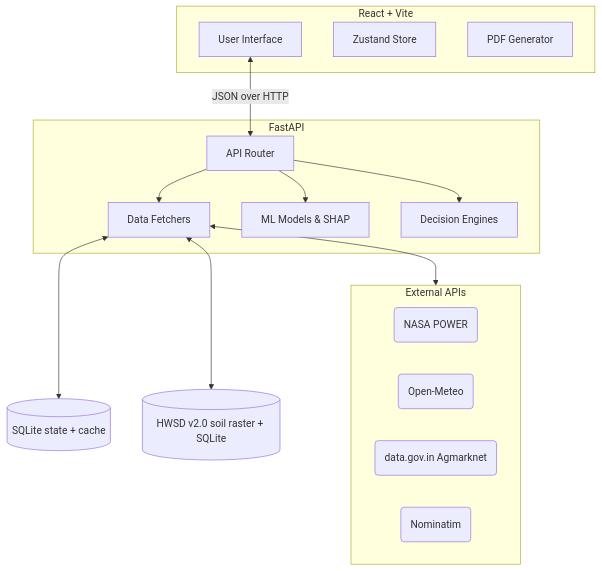
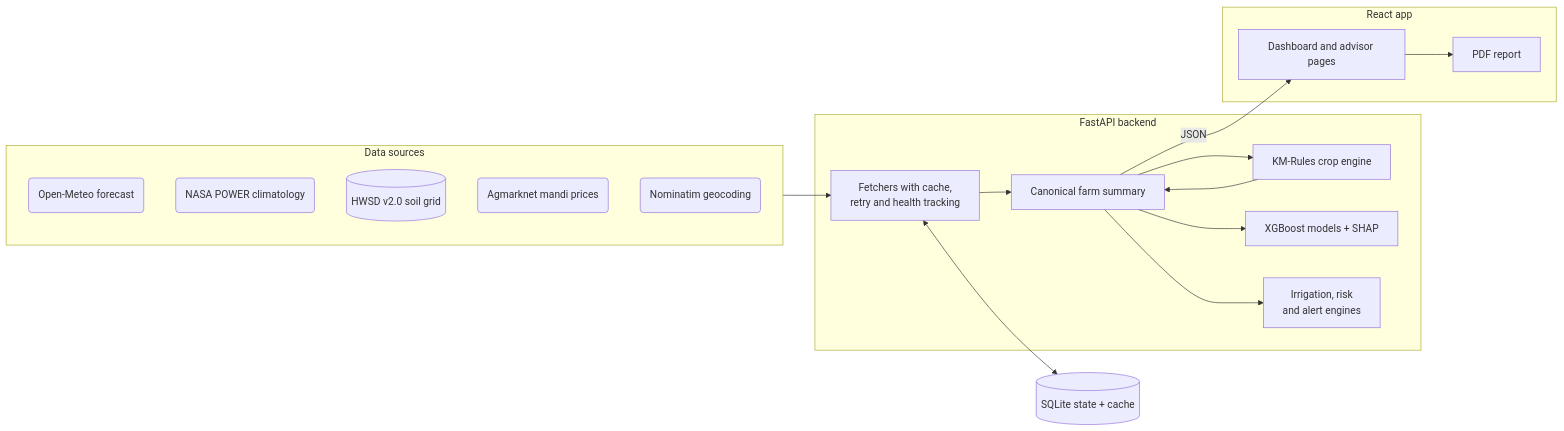
Before and after one commit to AakarGupta-coder/KrishiMitra-ADSS: the diagram in README.md, drawn with Mermaid. The commit also changed other lines of this file and 1 other file, not shown here.

````diff
--- a/README.md
+++ b/README.md
@@ -51,30 +89,30 @@
 ```mermaid
-flowchart TD
-    subgraph Frontend [React + Vite]
-        UI[User Interface]
-        State[Zustand Store]
-        PDF[PDF Generator]
+flowchart LR
+    subgraph Sources [Data sources]
+        Meteo(Open-Meteo forecast)
+        NASA(NASA POWER climatology)
+        HWSD[(HWSD v2.0 soil grid)]
+        Gov(Agmarknet mandi prices)
+        OSM(Nominatim geocoding)
     end
 
-    subgraph Backend [FastAPI]
-        API[API Router]
-        Data[Data Fetchers]
-        ML[ML Models & SHAP]
-        Engines[Decision Engines]
+    subgraph Backend [FastAPI backend]
+        Fetch[Fetchers with cache,<br/>retry and health tracking]
+        Summary[Canonical farm summary]
+        Rules[KM-Rules crop engine]
+        ML[XGBoost models + SHAP]
+        Advisors[Irrigation, risk<br/>and alert engines]
     end
 
-    subgraph External [External APIs]
-        NASA(NASA POWER)
-        Meteo(Open-Meteo)
-        Gov(data.gov.in Agmarknet)
-        OSM(Nominatim)
+    subgraph Frontend [React app]
+        Pages[Dashboard and advisor pages]
+        Report[PDF report]
     end
 
-    UI <-->|JSON over HTTP| API
-    API --> Data
-    API --> ML
-    API --> Engines
-    Data <--> External
-    Data <--> Cache[(SQLite state + cache)]
-    Data <--> HWSD[(HWSD v2.0 soil raster + SQLite)]
+    Sources --> Fetch --> Summary
+    Summary --> Rules --> Summary
+    Summary --> ML
+    Summary --> Advisors
+    Fetch <--> DB[(SQLite state + cache)]
+    Summary -->|JSON| Pages --> Report
 ```
````
